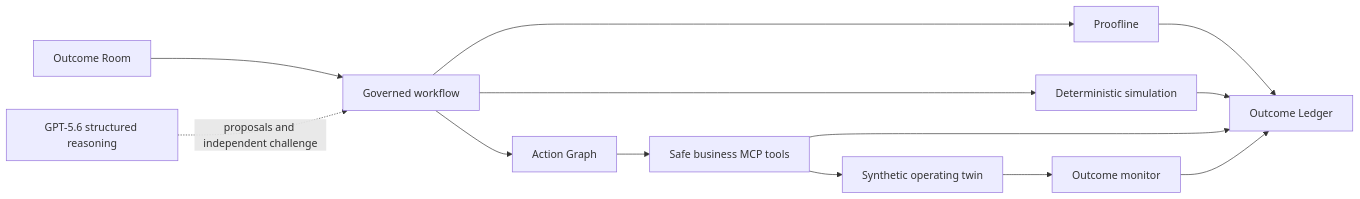
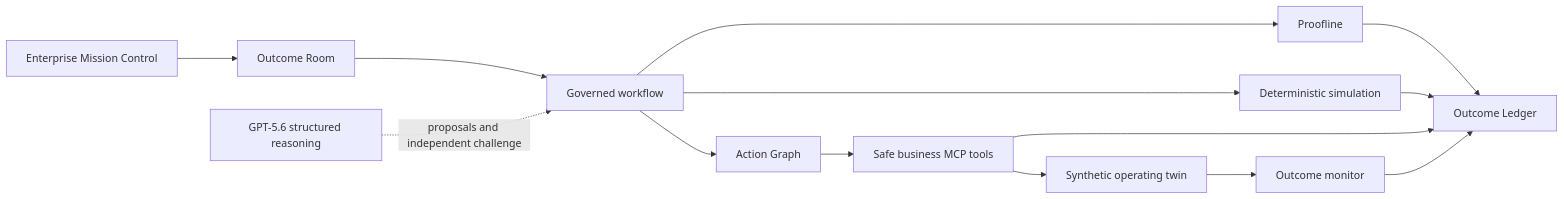
Before and after one commit to pvisputeg/PACT: the diagram in README.md, drawn with Mermaid. The commit also changed other lines of this file and 3 other files, not shown here.

````diff
--- a/README.md
+++ b/README.md
@@ -121,15 +121,16 @@
 ```mermaid
 flowchart LR
-    UI[Outcome Room] --> WF[Governed workflow]
+    CC[Enterprise Mission Control] --> UI[Outcome Room]
+    UI --> WF[Governed workflow]
     WF --> PF[Proofline]
     WF --> DS[Deterministic simulation]
     WF --> AG[Action Graph]
     AG --> MCP[Safe business MCP tools]
     MCP --> TWIN[Synthetic operating twin]
     TWIN --> OUT[Outcome monitor]
     PF --> LEDGER[Outcome Ledger]
     DS --> LEDGER
     MCP --> LEDGER
     OUT --> LEDGER
     GPT[GPT-5.6 structured reasoning] -. proposals and independent challenge .-> WF
 ```
````
